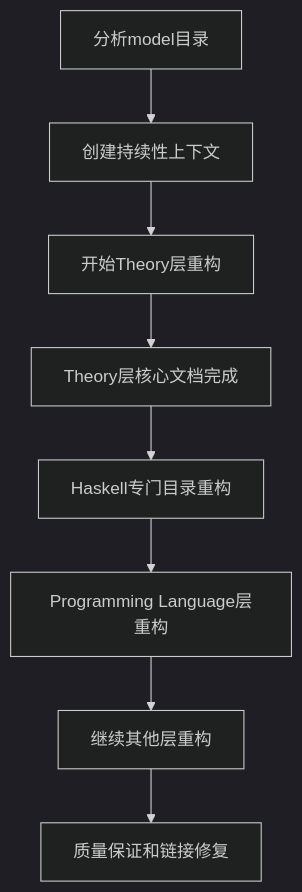
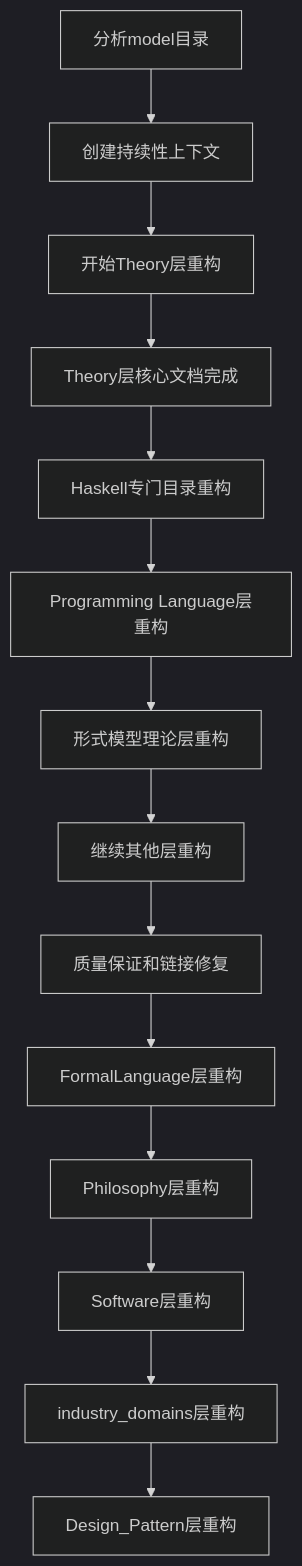
The diagram in docs/refactor/CONTINUOUS_CONTEXT_SYSTEM.md (AdaMartin18010/haskell), drawn with Mermaid (dark theme) before and after one commit. The commit also changed other lines of this file and 15 other files, not shown here.

````diff
--- a/docs/refactor/CONTINUOUS_CONTEXT_SYSTEM.md
+++ b/docs/refactor/CONTINUOUS_CONTEXT_SYSTEM.md
@@ -18,10 +18,16 @@
 ```mermaid
 graph TD
     A[分析model目录] --> B[创建持续性上下文]
     B --> C[开始Theory层重构]
     C --> D[Theory层核心文档完成]
     D --> E[Haskell专门目录重构]
     E --> F[Programming Language层重构]
-    F --> G[继续其他层重构]
-    G --> H[质量保证和链接修复]
+    F --> G[形式模型理论层重构]
+    G --> H[继续其他层重构]
+    H --> I[质量保证和链接修复]
+    I --> J[FormalLanguage层重构]
+    J --> K[Philosophy层重构]
+    K --> L[Software层重构]
+    L --> M[industry_domains层重构]
+    M --> N[Design_Pattern层重构]
 ```
````
